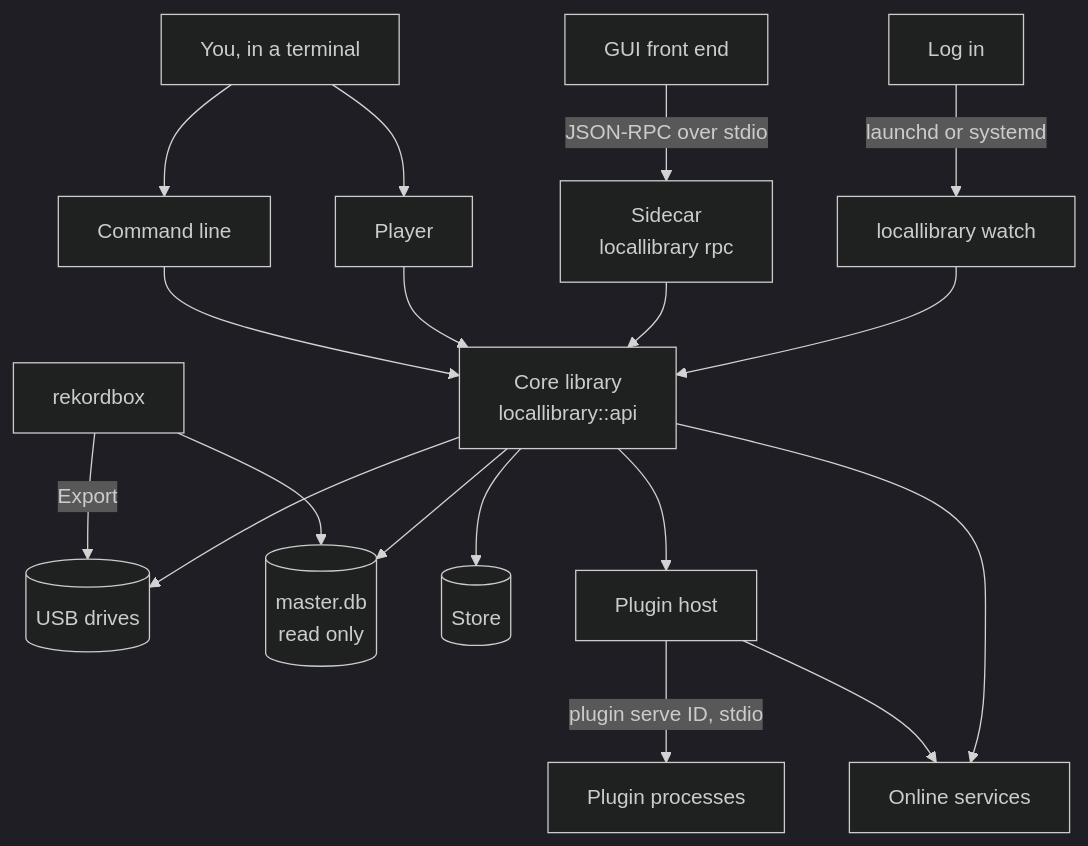
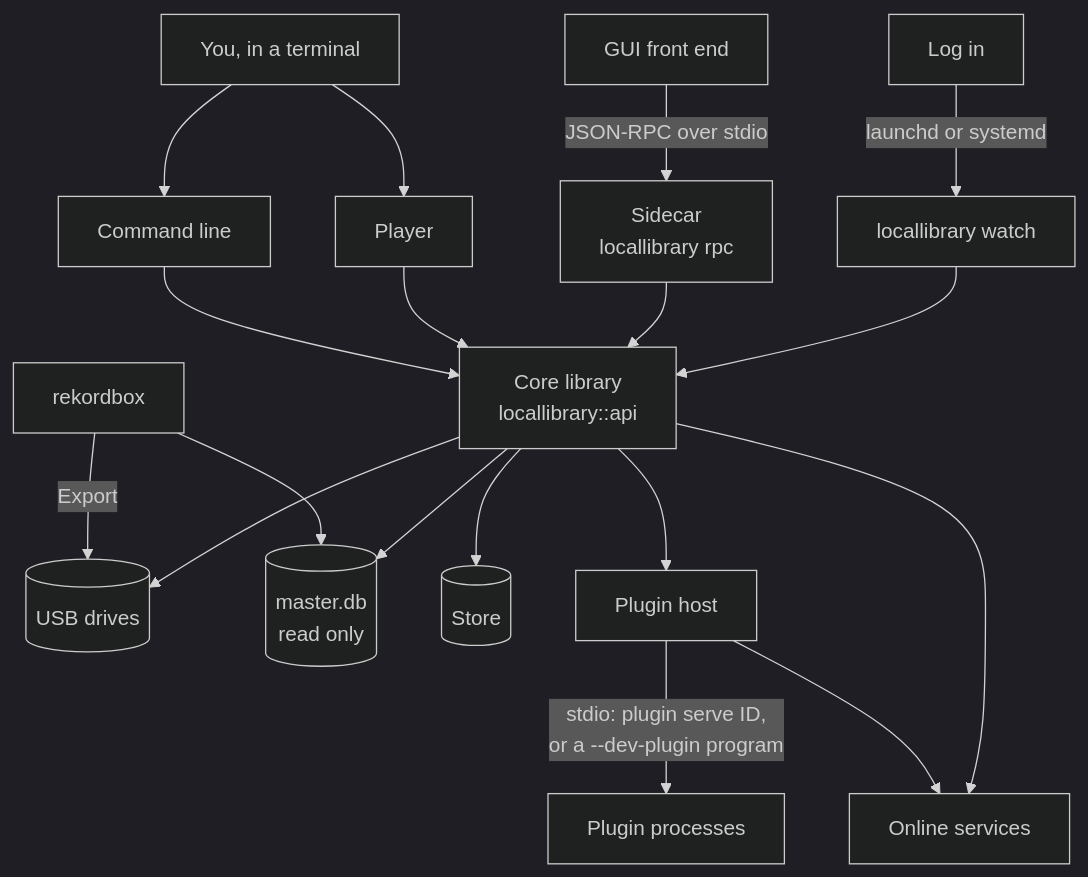
The first of 11 diagrams in apps/locallibrary/README.md (cutenode/localnetwork), drawn with Mermaid (dark theme) before and after one commit. The commit also changed other lines of this file and 22 other files, not shown here.

````diff
--- a/apps/locallibrary/README.md
+++ b/apps/locallibrary/README.md
@@ -250,20 +250,20 @@
 ```mermaid
 flowchart TD
     you["You, in a terminal"] --> cli["Command line"]
     you --> player["Player"]
     gui["GUI front end"] -->|"JSON-RPC over stdio"| sidecar["Sidecar<br/>locallibrary rpc"]
     login["Log in"] -->|"launchd or systemd"| watch["locallibrary watch"]
     cli --> api["Core library<br/>locallibrary::api"]
     player --> api
     sidecar --> api
     watch --> api
     rekordbox["rekordbox"] -->|"Export"| drives[("USB drives")]
     rekordbox --> master[("master.db<br/>read only")]
     api --> drives
     api --> store[("Store")]
     api --> master
     api --> host["Plugin host"]
-    host -->|"plugin serve ID, stdio"| procs["Plugin processes"]
+    host -->|"stdio: plugin serve ID,<br/>or a --dev-plugin program"| procs["Plugin processes"]
     host --> net["Online services"]
     api --> net
 ```
````
